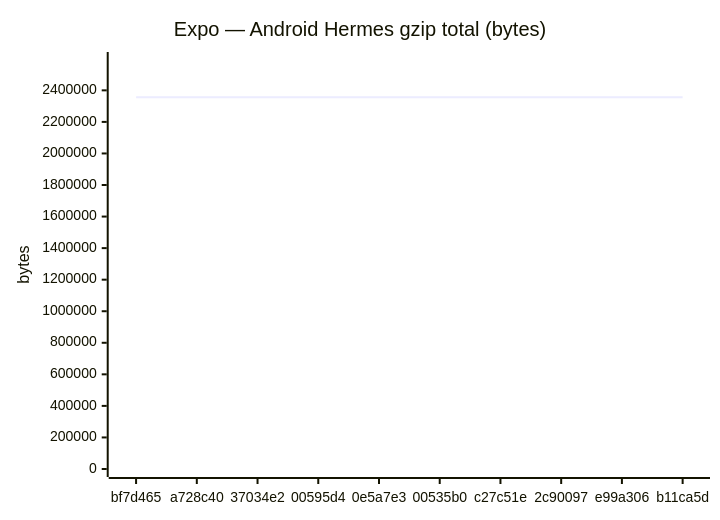
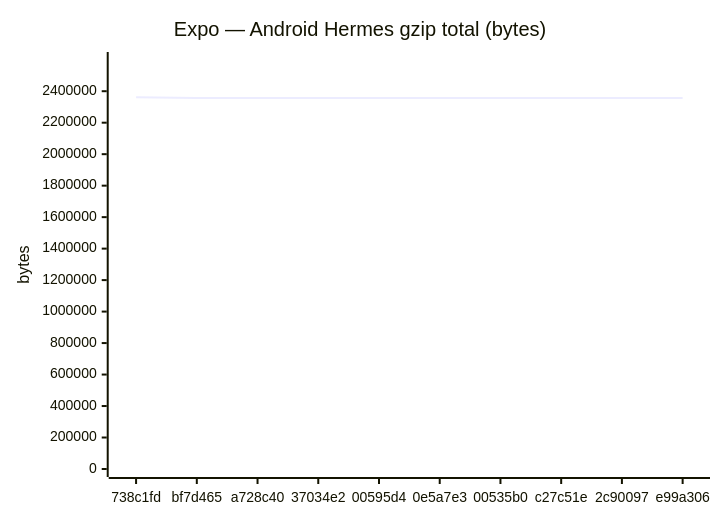
One commit to Metaheurist/Rianell changed the seventh of 24 diagrams in benchmarks/compare.md. Above: the diagram before and after it, drawn with Mermaid. The commit also changed other lines of this file and 13 other files, not shown here.

````diff
--- a/benchmarks/compare.md
+++ b/benchmarks/compare.md
@@ -116,7 +116,7 @@
 ```mermaid
 xychart-beta
     title "Expo — Android Hermes gzip total (bytes)"
-    x-axis ["bf7d465", "a728c40", "37034e2", "00595d4", "0e5a7e3", "00535b0", "c27c51e", "2c90097", "e99a306", "b11ca5d"]
-    y-axis "bytes" 0 --> 2592355
-    line [2356686, 2356685, 2356472, 2356474, 2356472, 2356301, 2356304, 2356302, 2356302, 2356299]
+    x-axis ["738c1fd", "bf7d465", "a728c40", "37034e2", "00595d4", "0e5a7e3", "00535b0", "c27c51e", "2c90097", "e99a306"]
+    y-axis "bytes" 0 --> 2598252
+    line [2362047, 2356686, 2356685, 2356472, 2356474, 2356472, 2356301, 2356304, 2356302, 2356302]
 ```
````
